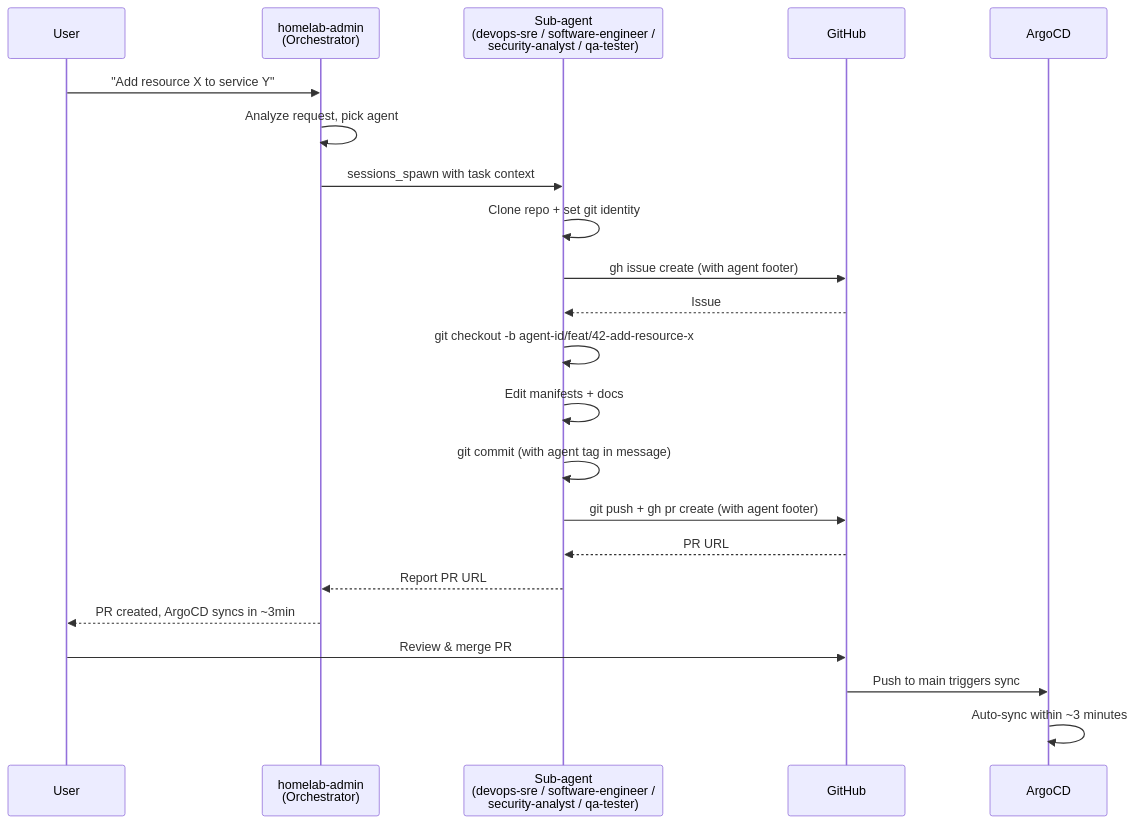
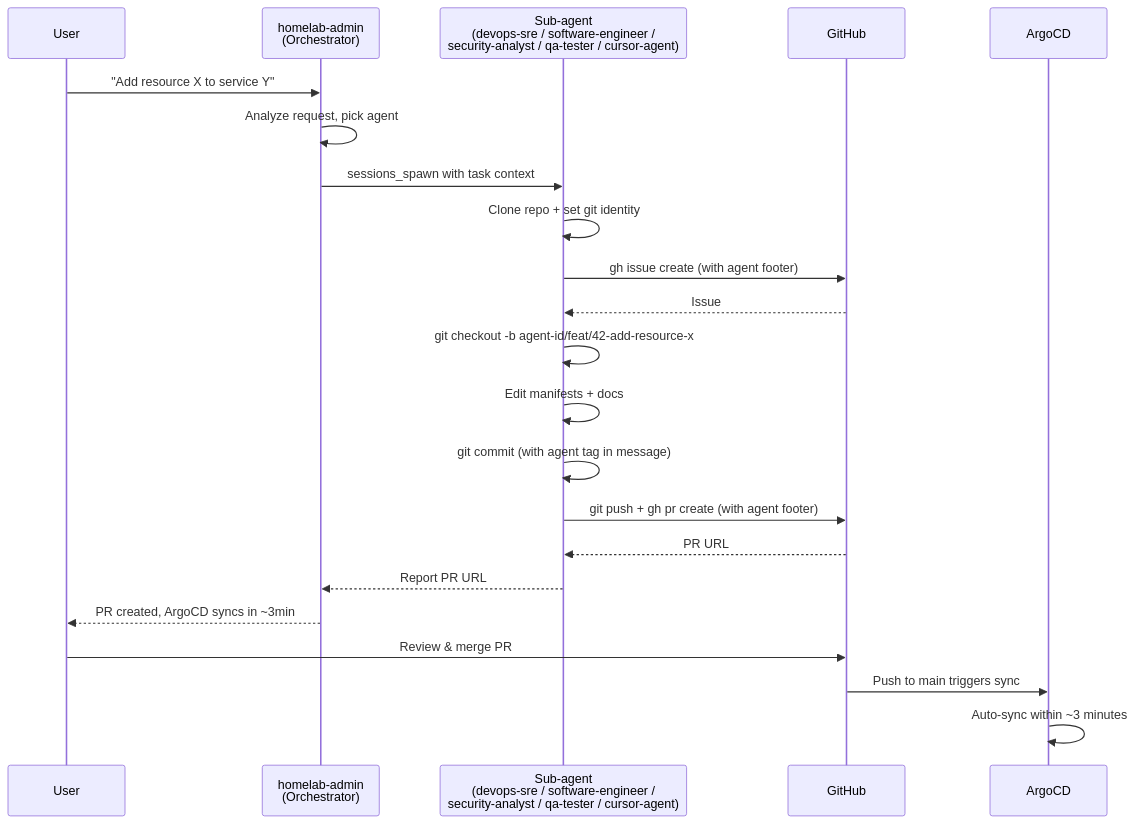
Before and after one commit to haingth77/homelab: the second of 2 diagrams in docs/operations/ai-agents.md, drawn with Mermaid. The commit also changed other lines of this file and 9 other files, not shown here.

First line of the commit message:
feat: add cursor-agent OpenClaw subagent for Cursor CLI bridge (#100)

````diff
--- a/docs/operations/ai-agents.md
+++ b/docs/operations/ai-agents.md
@@ -136,28 +140,28 @@
 ```mermaid
 sequenceDiagram
     participant User
     participant HA as homelab-admin<br/>(Orchestrator)
-    participant SA as Sub-agent<br/>(devops-sre / software-engineer /<br/>security-analyst / qa-tester)
+    participant SA as Sub-agent<br/>(devops-sre / software-engineer /<br/>security-analyst / qa-tester / cursor-agent)
     participant GH as GitHub
     participant Argo as ArgoCD
 
     User->>HA: "Add resource X to service Y"
     HA->>HA: Analyze request, pick agent
     HA->>SA: sessions_spawn with task context
 
     SA->>SA: Clone repo + set git identity
     SA->>GH: gh issue create (with agent footer)
     GH-->>SA: Issue #42
     SA->>SA: git checkout -b agent-id/feat/42-add-resource-x
     SA->>SA: Edit manifests + docs
     SA->>SA: git commit (with agent tag in message)
     SA->>GH: git push + gh pr create (with agent footer)
     GH-->>SA: PR URL
 
     SA-->>HA: Report PR URL
     HA-->>User: PR created, ArgoCD syncs in ~3min
 
     User->>GH: Review & merge PR
     GH->>Argo: Push to main triggers sync
     Argo->>Argo: Auto-sync within ~3 minutes
 ```
````
